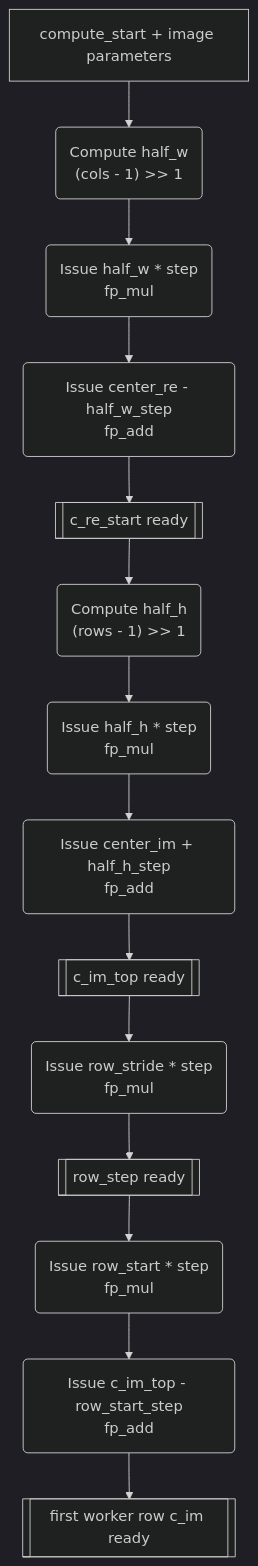
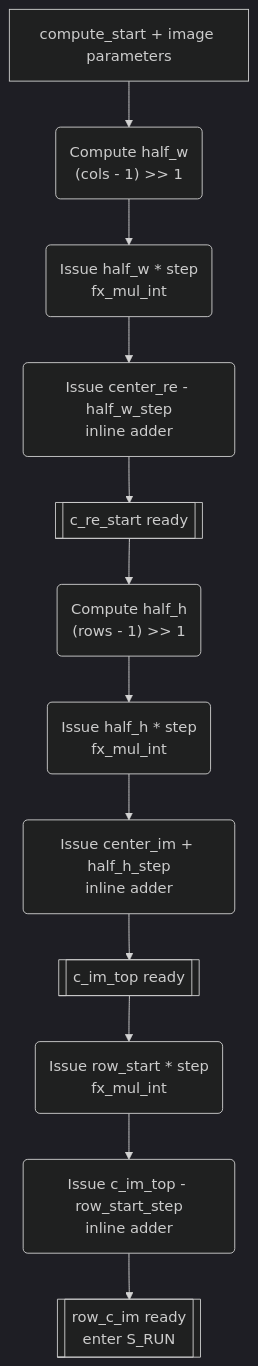
One commit to RESBI/FPGA-Mandelbrot-Demo changed the fourth of 17 diagrams in doc/ARCHITECTURE.md. Above: the diagram before and after it, drawn with Mermaid (dark theme). The commit also changed other lines of this file and 1 other file, not shown here.

First line of the commit message:
Restructure ARCHITECTURE.md for fx64 primary path; add fx64 redesign chapter to evolution report

````diff
--- a/doc/ARCHITECTURE.md
+++ b/doc/ARCHITECTURE.md
@@ -400,16 +370,14 @@
 ```mermaid
 flowchart TB
     START["compute_start + image parameters"] --> HW("Compute half_w<br/>(cols - 1) >> 1")
-    HW --> MW("Issue half_w * step<br/>fp_mul")
-    MW --> RE0("Issue center_re - half_w_step<br/>fp_add")
+    HW --> MW("Issue half_w * step<br/>fx_mul_int")
+    MW --> RE0("Issue center_re - half_w_step<br/>inline adder")
     RE0 --> CRE[["c_re_start ready"]]
     CRE --> HH("Compute half_h<br/>(rows - 1) >> 1")
-    HH --> MH("Issue half_h * step<br/>fp_mul")
-    MH --> IMTOP("Issue center_im + half_h_step<br/>fp_add")
+    HH --> MH("Issue half_h * step<br/>fx_mul_int")
+    MH --> IMTOP("Issue center_im + half_h_step<br/>inline adder")
     IMTOP --> CIMTOP[["c_im_top ready"]]
-    CIMTOP --> RS("Issue row_stride * step<br/>fp_mul")
-    RS --> ROWSTEP[["row_step ready"]]
-    ROWSTEP --> RSOFF("Issue row_start * step<br/>fp_mul")
-    RSOFF --> RSUB("Issue c_im_top - row_start_step<br/>fp_add")
-    RSUB --> FIRSTROW[["first worker row c_im ready"]]
+    CIMTOP --> RSOFF("Issue row_start * step<br/>fx_mul_int")
+    RSOFF --> RSUB("Issue c_im_top - row_start_step<br/>inline adder")
+    RSUB --> FIRSTROW[["row_c_im ready<br/>enter S_RUN"]]
 ```
````
